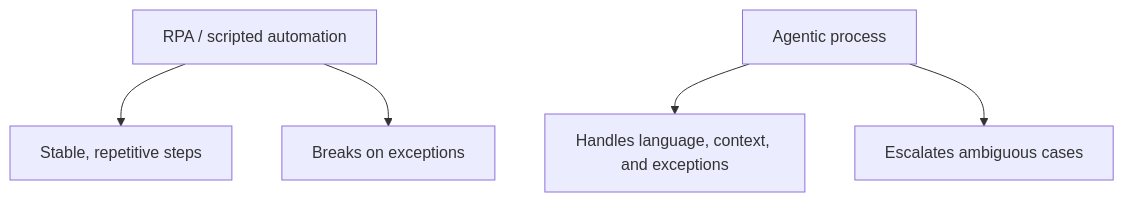
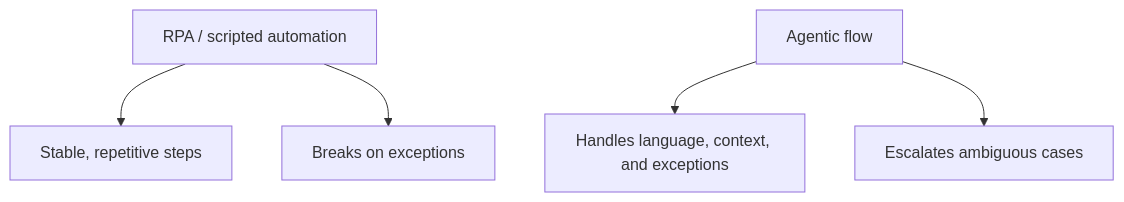
One commit to naren-allam/agents-beginners changed the third of 13 diagrams in book/chapters/chapter-06-enterprise-adoption-of-agentic-ai.md. Above: the diagram before and after it, drawn with Mermaid. The commit also changed other lines of this file and 28 other files, not shown here.

````diff
--- a/book/chapters/chapter-06-enterprise-adoption-of-agentic-ai.md
+++ b/book/chapters/chapter-06-enterprise-adoption-of-agentic-ai.md
@@ -51,14 +51,14 @@
 ```mermaid
 flowchart TD
     RPA["RPA / scripted automation"]
     Stable["Stable, repetitive steps"]
     Breaks["Breaks on exceptions"]
-    Agentic["Agentic process"]
+    Agentic["Agentic flow"]
     Exceptions["Handles language, context, and exceptions"]
     Human["Escalates ambiguous cases"]
 
     RPA --> Stable
     RPA --> Breaks
     Agentic --> Exceptions
     Agentic --> Human
 ```
````
